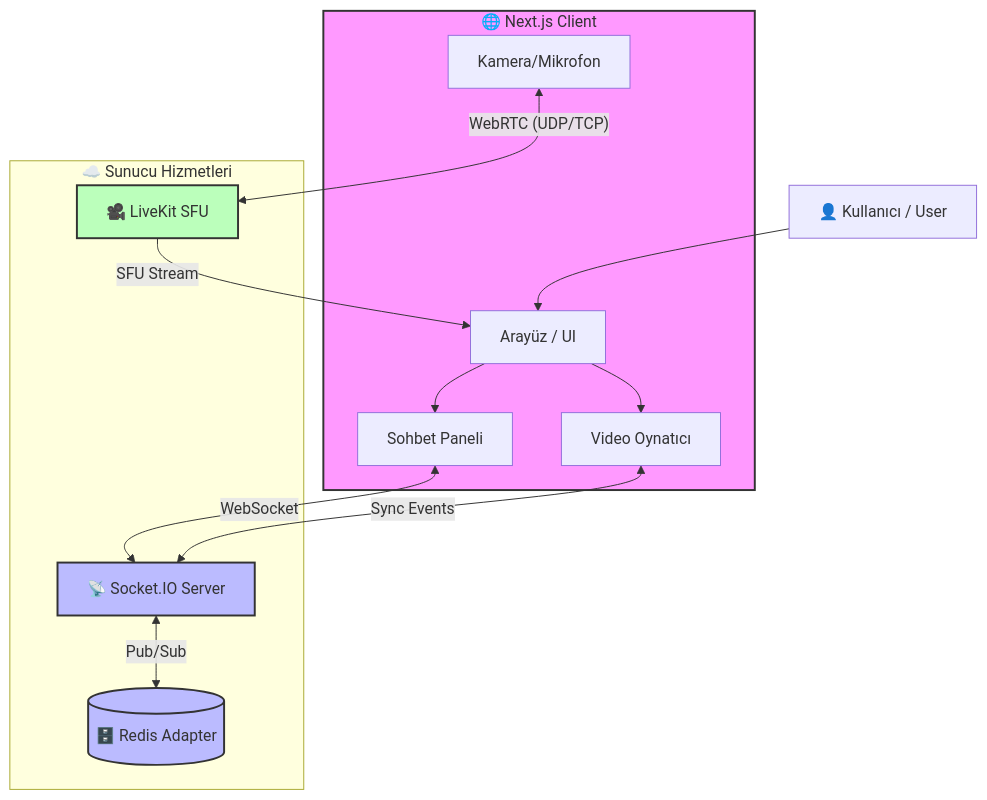
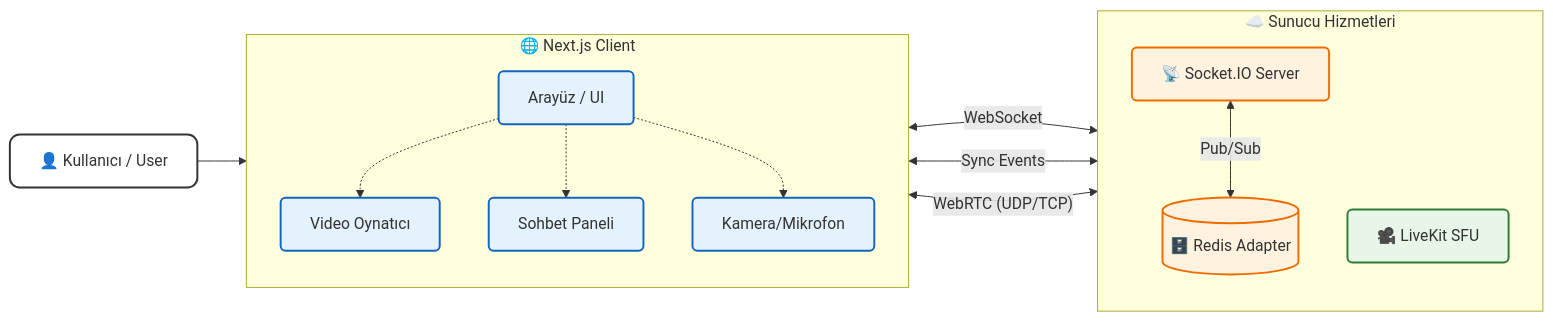
One commit to Dmrkrn/seyir-watch-together changed the diagram in README.md. Above: the diagram before and after it, drawn with Mermaid.

Commit message:
docs: Improve mermaid diagram readability

````diff
--- a/README.md
+++ b/README.md
@@ -41,37 +41,45 @@
 ```mermaid
-graph TD
+graph LR
     User[👤 Kullanıcı / User]
     
     subgraph Frontend [🌐 Next.js Client]
+        direction TB
         UI[Arayüz / UI]
         VideoPlayer[Video Oynatıcı]
         Chat[Sohbet Paneli]
         MediaStream[Kamera/Mikrofon]
     end
 
     subgraph Backend [☁️ Sunucu Hizmetleri]
+        direction TB
         Signaling[📡 Socket.IO Server]
         MediaServer[🎥 LiveKit SFU]
         DB[(🗄️ Redis Adapter)]
     end
 
     User --> UI
-    UI --> VideoPlayer
-    UI --> Chat
     
-    %% Connections
+    %% Internal UI
+    UI -.-> VideoPlayer
+    UI -.-> Chat
+    UI -.-> MediaStream
+
+    %% Network Connections
     Chat <-->|WebSocket| Signaling
     VideoPlayer <-->|Sync Events| Signaling
+    MediaStream <-->|"WebRTC (UDP/TCP)"| MediaServer
+    
+    %% Backend Internal
     Signaling <-->|Pub/Sub| DB
+
+    %% Styles
+    classDef user fill:#ffffff,stroke:#333,stroke-width:2px,rx:10,ry:10;
+    classDef client fill:#e3f2fd,stroke:#1565c0,stroke-width:2px,rx:5,ry:5;
+    classDef server fill:#fff3e0,stroke:#ef6c00,stroke-width:2px,rx:5,ry:5;
+    classDef media fill:#e8f5e9,stroke:#2e7d32,stroke-width:2px,rx:5,ry:5;
     
-    MediaStream <-->|"WebRTC (UDP/TCP)"| MediaServer
-    MediaServer -->|"SFU Stream"| UI
-    
-    classDef client fill:#f9f,stroke:#333,stroke-width:2px;
-    classDef server fill:#bbf,stroke:#333,stroke-width:2px;
-    classDef media fill:#bfb,stroke:#333,stroke-width:2px;
-    
-    class Frontend client;
+    class User user;
+    class UI,VideoPlayer,Chat,MediaStream client;
     class Signaling,DB server;
     class MediaServer media;
 ```
````
